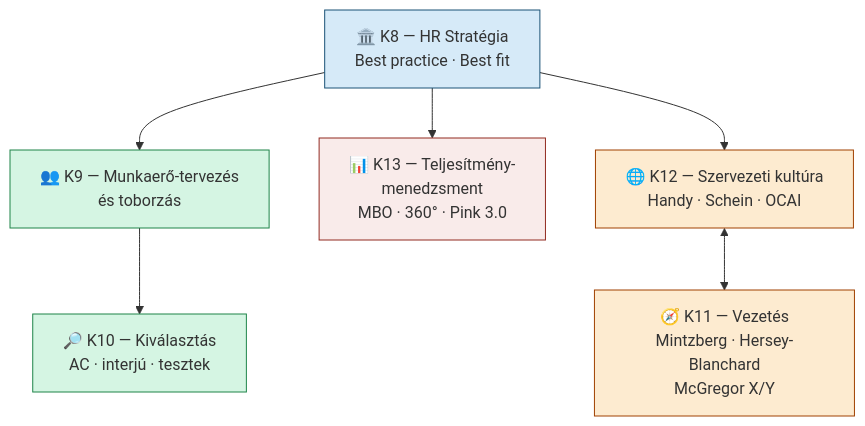
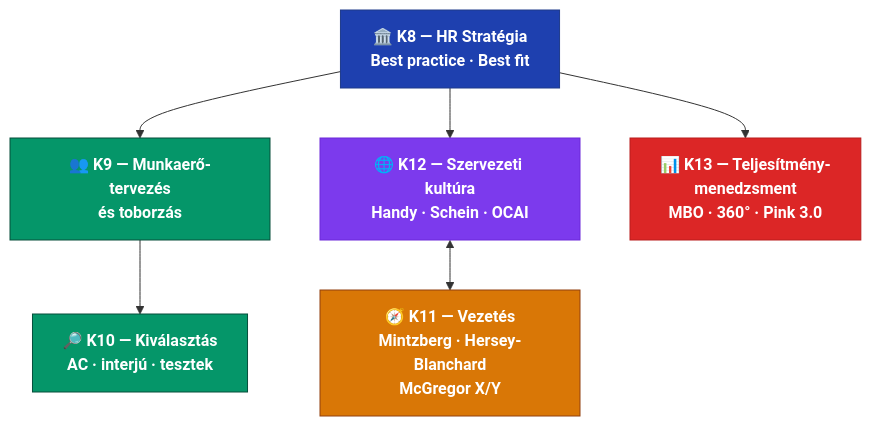
One commit to denespocsik/MM_BSC_Zarovizsga changed the second of 2 diagrams in Tételek/K13-GMXHR1MBLF-Teljesítménymenedzsment és értékelés.tétel.md. Above: the diagram before and after it, drawn with Mermaid. The commit also changed other lines of this file, not shown here.

Commit message:
style(K13): replace inline styles with classDef on PM cycle and K8–K13 overview diagrams
A K13-as tételben lévő mindkét Mermaid ábra vizuálisan megújult.

PM ciklus (flowchart LR):
- Inline style sorok eltávolítva, classDef rendszer bevezetve
- Telített háttérszínek fehér szöveggel és félkövér kiemeléssel:
  kék (🎯 Célkitűzés) · zöld (💬 Visszajelzés) · narancs (📊 Értékelés) · piros (🚀 Fejlesztés)
- Elválasztó karakterek vesszőről · középpontra cserélve

K8–K13 összefüggéstérkép (graph TD):
- Inline style sorok eltávolítva, classDef rendszer bevezetve
- Szemantikus, funkció szerinti színkódolás fehér szöveggel:
  kék (K8 stratégia) · zöld (K9–K10 toborzás/kiválasztás) ·
  narancs (K11 vezetés) · lila (K12 kultúra) · piros (K13 teljesítmény)
- Csomópontdefiníciók és élleírások szétválasztva az áttekinthetőbb szerkezetért

Érintett fájl: Tételek/K13-GMXHR1MBLF-Teljesítménymenedzsment és értékelés.tétel.md

````diff
--- a/Tételek/K13-GMXHR1MBLF-Teljesítménymenedzsment és értékelés.tétel.md
+++ b/Tételek/K13-GMXHR1MBLF-Teljesítménymenedzsment és értékelés.tétel.md
@@ -49,16 +50,21 @@
 ```mermaid
 graph TD
-    K8["🏛️ K8 — HR Stratégia\nBest practice · Best fit"] --> K9
+    K8["🏛️ K8 — HR Stratégia\nBest practice · Best fit"]:::hrstrategia
+    K9["👥 K9 — Munkaerő-tervezés\nés toborzás"]:::toborzas
+    K10["🔎 K10 — Kiválasztás\nAC · interjú · tesztek"]:::toborzas
+    K11["🧭 K11 — Vezetés\nMintzberg · Hersey-Blanchard\nMcGregor X/Y"]:::vezetes
+    K12["🌐 K12 — Szervezeti kultúra\nHandy · Schein · OCAI"]:::kultura
+    K13["📊 K13 — Teljesítmény-\nmenedzsment\nMBO · 360° · Pink 3.0"]:::teljesitmeny
+
+    K8 --> K9
     K8 --> K13
     K8 --> K12
-    K9["👥 K9 — Munkaerő-tervezés\nés toborzás"] --> K10["🔎 K10 — Kiválasztás\nAC · interjú · tesztek"]
-    K13["📊 K13 — Teljesítmény-\nmenedzsment\nMBO · 360° · Pink 3.0"]
-    K12["🌐 K12 — Szervezeti kultúra\nHandy · Schein · OCAI"] <--> K11["🧭 K11 — Vezetés\nMintzberg · Hersey-Blanchard\nMcGregor X/Y"]
+    K9 --> K10
+    K12 <--> K11
 
-    style K8 fill:#d6eaf8,stroke:#1a5276
-    style K9 fill:#d5f5e3,stroke:#1e8449
-    style K10 fill:#d5f5e3,stroke:#1e8449
-    style K11 fill:#fdebd0,stroke:#a04000
-    style K12 fill:#fdebd0,stroke:#a04000
-    style K13 fill:#f9ebea,stroke:#922b21
+    classDef hrstrategia  fill:#1e40af,stroke:#1e3a8a,color:#ffffff,font-weight:bold
+    classDef toborzas     fill:#059669,stroke:#064e3b,color:#ffffff,font-weight:bold
+    classDef vezetes      fill:#d97706,stroke:#92400e,color:#ffffff,font-weight:bold
+    classDef kultura      fill:#7c3aed,stroke:#6d28d9,color:#ffffff,font-weight:bold
+    classDef teljesitmeny fill:#dc2626,stroke:#b91c1c,color:#ffffff,font-weight:bold
 ```
````
